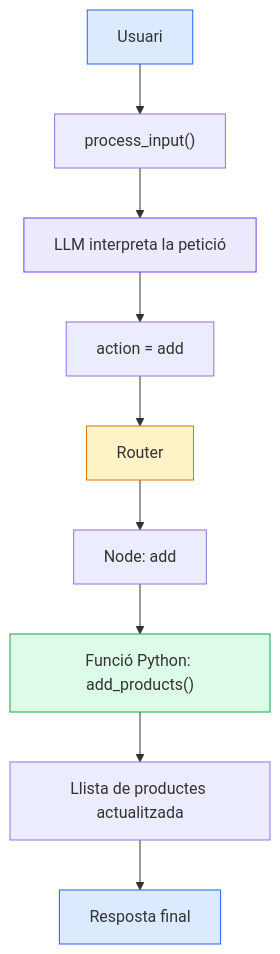
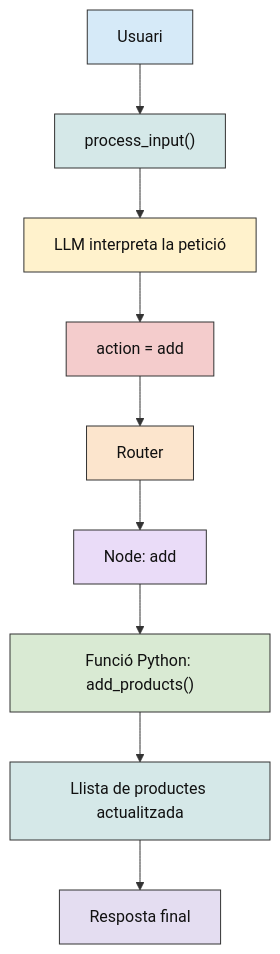
The second of 2 diagrams in AI_Observability/docs/03_langchain_langgraph.md (eetac/Visual_tools_for_AI), drawn with Mermaid before and after one commit. The commit also changed other lines of this file, not shown here.

Commit message:
diagrams 03_langchain_langgraph

````diff
--- a/AI_Observability/docs/03_langchain_langgraph.md
+++ b/AI_Observability/docs/03_langchain_langgraph.md
@@ -67,17 +103,31 @@
 ```mermaid
 flowchart TD
     A["Usuari"] --> B["process_input()"]
     B --> C["LLM interpreta la petició"]
     C --> D["action = add"]
     D --> E["Router"]
     E --> F["Node: add"]
     F --> G["Funció Python: add_products()"]
     G --> H["Llista de productes actualitzada"]
     H --> I["Resposta final"]
 
-    style A fill:#dbeafe,stroke:#2563eb
-    style C fill:#ede9fe,stroke:#7c3aed
-    style E fill:#fef3c7,stroke:#d97706
-    style G fill:#dcfce7,stroke:#16a34a
-    style I fill:#dbeafe,stroke:#2563eb
+    classDef usuari fill:#D6EAF8,stroke:#333333,color:#111111
+    classDef entrada fill:#D5E8E8,stroke:#333333,color:#111111
+    classDef llm fill:#FFF2CC,stroke:#333333,color:#111111
+    classDef decisio fill:#F4CCCC,stroke:#333333,color:#111111
+    classDef router fill:#FCE5CD,stroke:#333333,color:#111111
+    classDef node fill:#EADCF8,stroke:#333333,color:#111111
+    classDef python fill:#D9EAD3,stroke:#333333,color:#111111
+    classDef resultat fill:#D5E8E8,stroke:#333333,color:#111111
+    classDef resposta fill:#E4DDF1,stroke:#333333,color:#111111
+
+    class A usuari
+    class B entrada
+    class C llm
+    class D decisio
+    class E router
+    class F node
+    class G python
+    class H resultat
+    class I resposta
 ```
````
